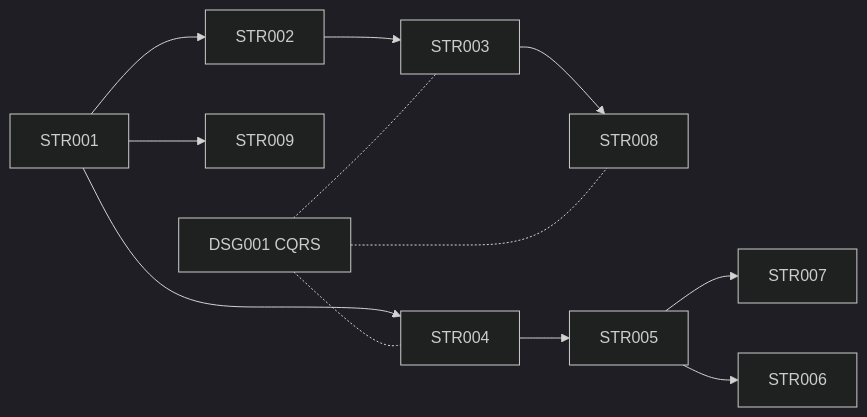
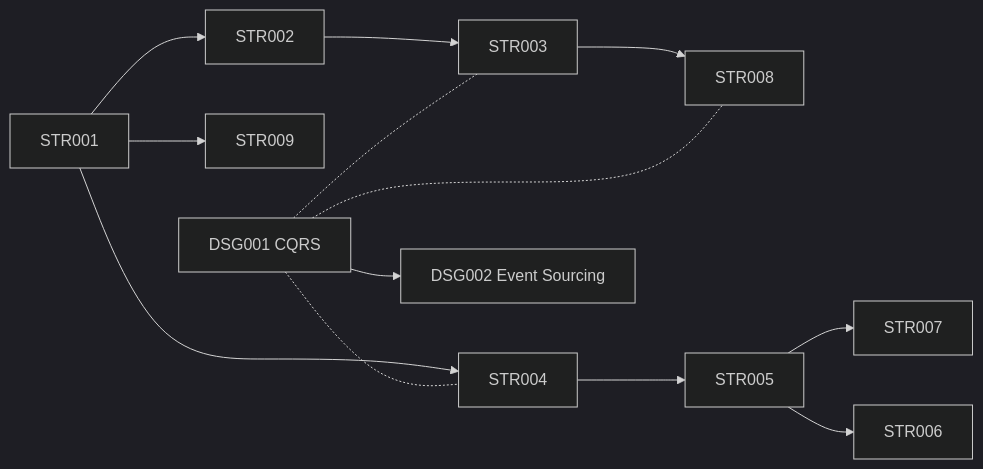
The diagram in README.md (Webhooks-Ltd/dotnet-patterns), drawn with Mermaid (dark theme) before and after one commit. The commit also changed other lines of this file and 2 other files, not shown here.

Commit message:
Add DSG002 Event Sourcing, clarify DSG001 Level 2
- DSG002: Event Sourcing + CQRS — Marten and EventStoreDB examples,
  aggregate design with Apply methods, projection types, out-of-order
  event handling strategies, Given/When/Then testing
- DSG001 Level 2: Clarified that events are transient signals, not
  the source of truth (that's Event Sourcing)

````diff
--- a/README.md
+++ b/README.md
@@ -60,23 +61,25 @@
 ```mermaid
 graph LR
     STR001 --> STR002 --> STR003
     STR001 --> STR004
     STR001 --> STR009
     STR003 --> STR008
     STR004 --> STR005 --> STR007
     STR005 --> STR006
     DSG001[DSG001 CQRS] -.- STR003
     DSG001 -.- STR004
     DSG001 -.- STR008
+    DSG001 --> DSG002[DSG002 Event Sourcing]
+    click DSG002 "patterns/DSG002 - event-sourcing.md"
     click STR001 "patterns/STR001 - n-tier.md"
     click STR002 "patterns/STR002 - clean-architecture-lite.md"
     click STR003 "patterns/STR003 - full-clean-architecture.md"
     click STR004 "patterns/STR004 - vertical-slice.md"
     click STR005 "patterns/STR005 - modular-monolith.md"
     click STR006 "patterns/STR006 - hexagonal.md"
     click STR007 "patterns/STR007 - microservices.md"
     click STR008 "patterns/STR008 - clean-vertical-slice.md"
     click STR009 "patterns/STR009 - minimal-api.md"
     click STR010 "patterns/STR010 - worker-service.md"
     click DSG001 "patterns/DSG001 - cqrs.md"
 ```
````
